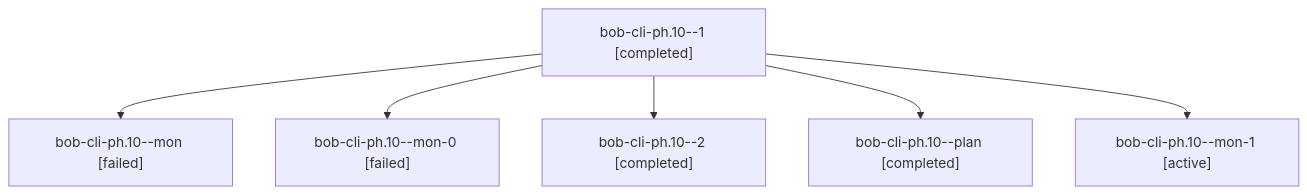
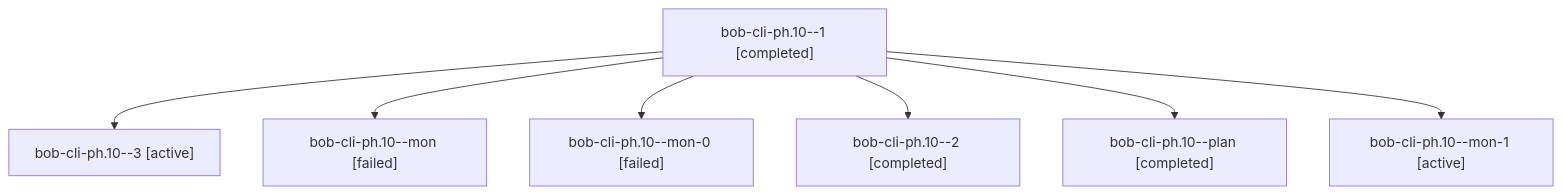
Before and after one commit to bobs-org/bob-cli--agents: the diagram in sessions/bbugyi200.apollo.bob-cli-ph.10.md, drawn with Mermaid. The commit also changed other lines of this file and 153 other files, not shown here.

````diff
--- a/sessions/bbugyi200.apollo.bob-cli-ph.10.md
+++ b/sessions/bbugyi200.apollo.bob-cli-ph.10.md
@@ -9,14 +9,16 @@
 ```mermaid
 flowchart TD
   n0["bob-cli-ph.10--1 [completed]"]
-  n1["bob-cli-ph.10--mon [failed]"]
+  n1["bob-cli-ph.10--3 [active]"]
   n0 --> n1
-  n2["bob-cli-ph.10--mon-0 [failed]"]
+  n2["bob-cli-ph.10--mon [failed]"]
   n0 --> n2
-  n3["bob-cli-ph.10--2 [completed]"]
+  n3["bob-cli-ph.10--mon-0 [failed]"]
   n0 --> n3
-  n4["bob-cli-ph.10--plan [completed]"]
+  n4["bob-cli-ph.10--2 [completed]"]
   n0 --> n4
-  n5["bob-cli-ph.10--mon-1 [active]"]
+  n5["bob-cli-ph.10--plan [completed]"]
   n0 --> n5
+  n6["bob-cli-ph.10--mon-1 [active]"]
+  n0 --> n6
 ```
````
